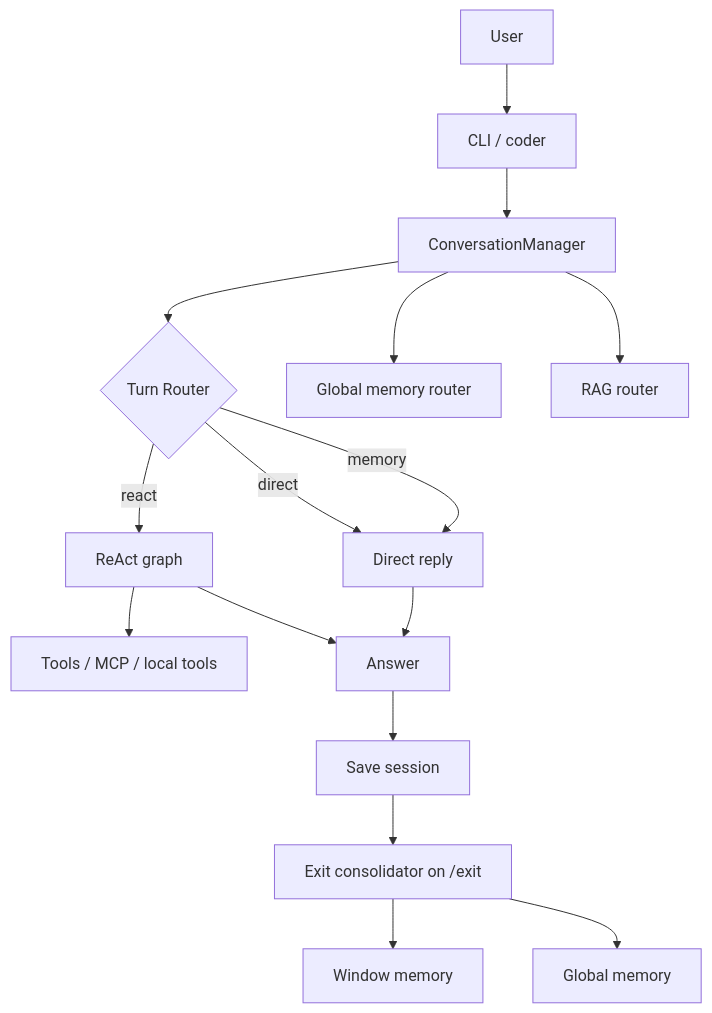
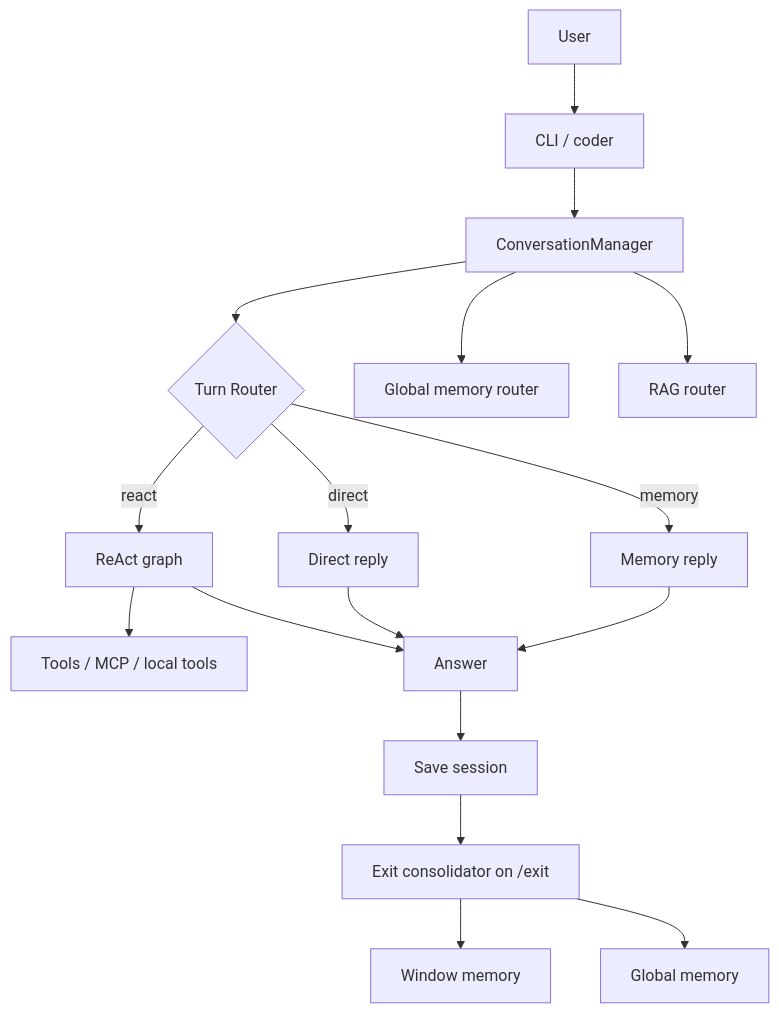
The first of 2 diagrams in MICRO_AGENT_ARCHITECTURE.en.md (deepfrish/micro-agent), drawn with Mermaid before and after one commit. The commit also changed other lines of this file and 21 other files, not shown here.

````diff
--- a/MICRO_AGENT_ARCHITECTURE.en.md
+++ b/MICRO_AGENT_ARCHITECTURE.en.md
@@ -7,18 +7,19 @@
 ```mermaid
 flowchart TD
     U[User] --> C[CLI / coder]
     C --> M[ConversationManager]
     M --> R{Turn Router}
-    R -->|memory| D[Direct reply]
-    R -->|direct| D
+    R -->|memory| W1[Memory reply]
+    R -->|direct| D1[Direct reply]
     R -->|react| A[ReAct graph]
     M --> G[Global memory router]
     M --> K[RAG router]
     A --> T[Tools / MCP / local tools]
-    D --> O[Answer]
+    W1 --> O[Answer]
+    D1 --> O
     A --> O
     O --> S[Save session]
     S --> E[Exit consolidator on /exit]
     E --> W[Window memory]
     E --> L[Global memory]
 ```
````
